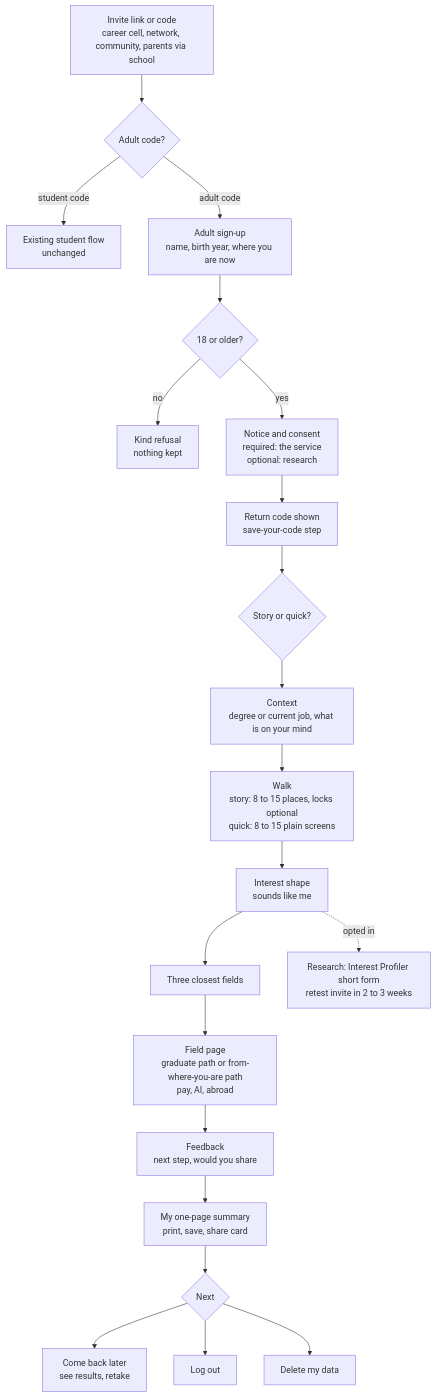
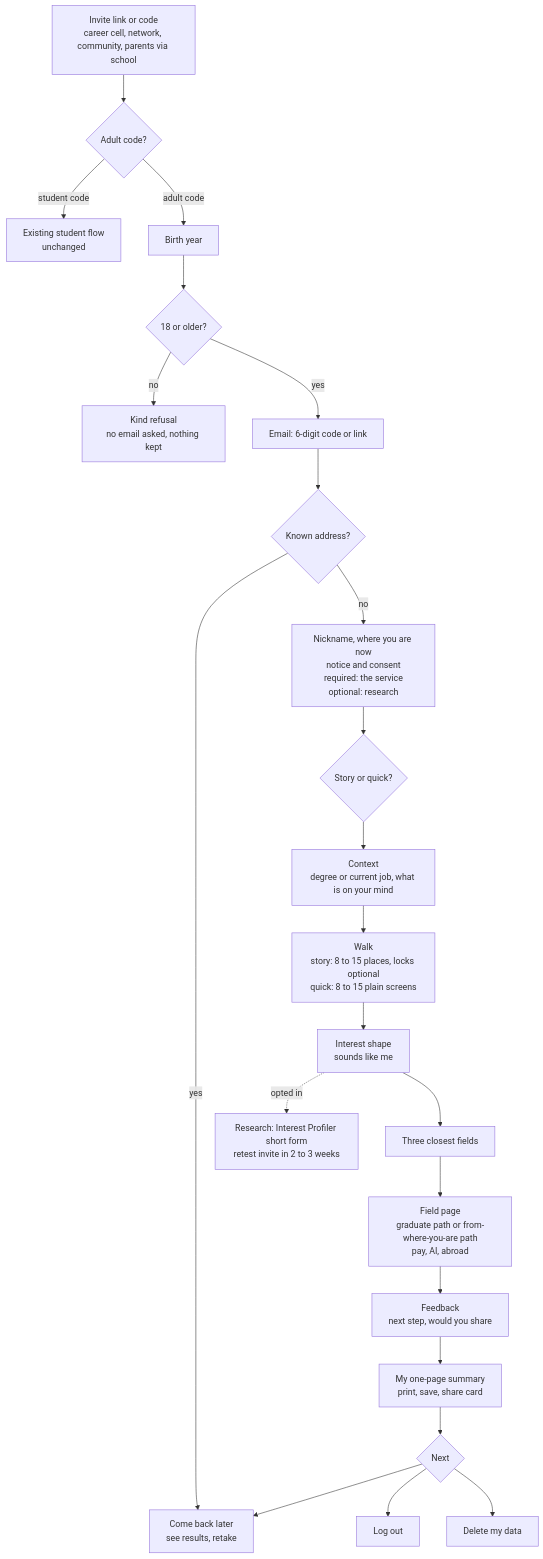
Before and after one commit to AnoopkumarNair/MargWise: the first of 2 diagrams in docs/ADULT_WORKFLOWS.md, drawn with Mermaid. The commit also changed other lines of this file and 1 other file, not shown here.

First line of the commit message:
Adult track: verified email sign-in, settled decisions

````diff
--- a/docs/ADULT_WORKFLOWS.md
+++ b/docs/ADULT_WORKFLOWS.md
@@ -9,23 +9,25 @@
 ```mermaid
 flowchart TD
   A[Invite link or code<br/>career cell, network, community, parents via school] --> G{Adult code?}
   G -->|student code| S[Existing student flow<br/>unchanged]
-  G -->|adult code| N[Adult sign-up<br/>name, birth year, where you are now]
+  G -->|adult code| N[Birth year]
   N --> AGE{18 or older?}
-  AGE -->|no| R[Kind refusal<br/>nothing kept]
-  AGE -->|yes| C[Notice and consent<br/>required: the service<br/>optional: research]
-  C --> K[Return code shown<br/>save-your-code step]
-  K --> M{Story or quick?}
+  AGE -->|no| R[Kind refusal<br/>no email asked, nothing kept]
+  AGE -->|yes| EM[Email: 6-digit code or link]
+  EM --> V{Known address?}
+  V -->|yes| RET
+  V -->|no| C[Nickname, where you are now<br/>notice and consent<br/>required: the service<br/>optional: research]
+  C --> M{Story or quick?}
   M --> X[Context<br/>degree or current job, what is on your mind]
   X --> W[Walk<br/>story: 8 to 15 places, locks optional<br/>quick: 8 to 15 plain screens]
   W --> P[Interest shape<br/>sounds like me]
   P --> F[Three closest fields]
   F --> FP[Field page<br/>graduate path or from-where-you-are path<br/>pay, AI, abroad]
   FP --> FB[Feedback<br/>next step, would you share]
   FB --> SUM[My one-page summary<br/>print, save, share card]
   P -. opted in .-> RS[Research: Interest Profiler short form<br/>retest invite in 2 to 3 weeks]
   SUM --> END{Next}
   END --> RET[Come back later<br/>see results, retake]
   END --> OUT[Log out]
   END --> DEL[Delete my data]
 ```
````
